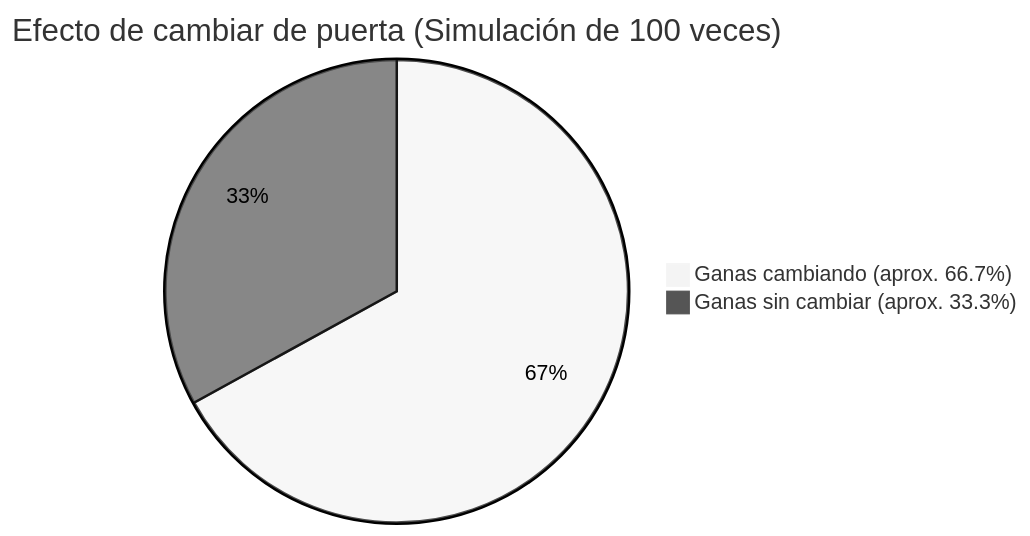
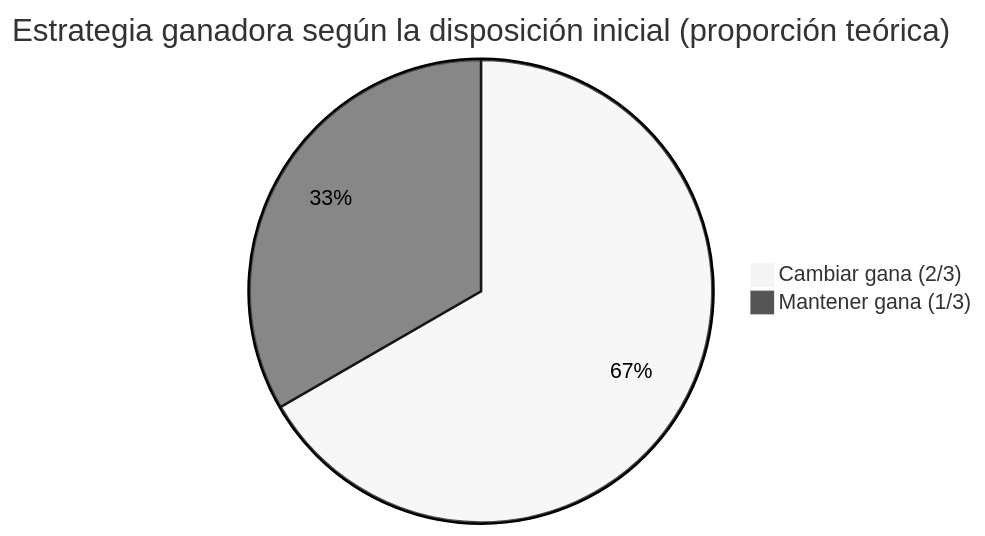
One commit to kenjinote/blog changed the second of 2 diagrams in content/post/モンティ・ホール問題/index.es.md. Above: the diagram before and after it, drawn with Mermaid (neutral theme). The commit also changed other lines of this file and 8 other files, not shown here.

````diff
--- a/content/post/モンティ・ホール問題/index.es.md
+++ b/content/post/モンティ・ホール問題/index.es.md
@@ -161,5 +195,5 @@
 ```mermaid
-pie title Efecto de cambiar de puerta (Simulación de 100 veces)
-    "Ganas cambiando (aprox. 66.7%)" : 67
-    "Ganas sin cambiar (aprox. 33.3%)" : 33
+pie title Estrategia ganadora según la disposición inicial (proporción teórica)
+    "Cambiar gana (2/3)" : 2
+    "Mantener gana (1/3)" : 1
 ```
````
